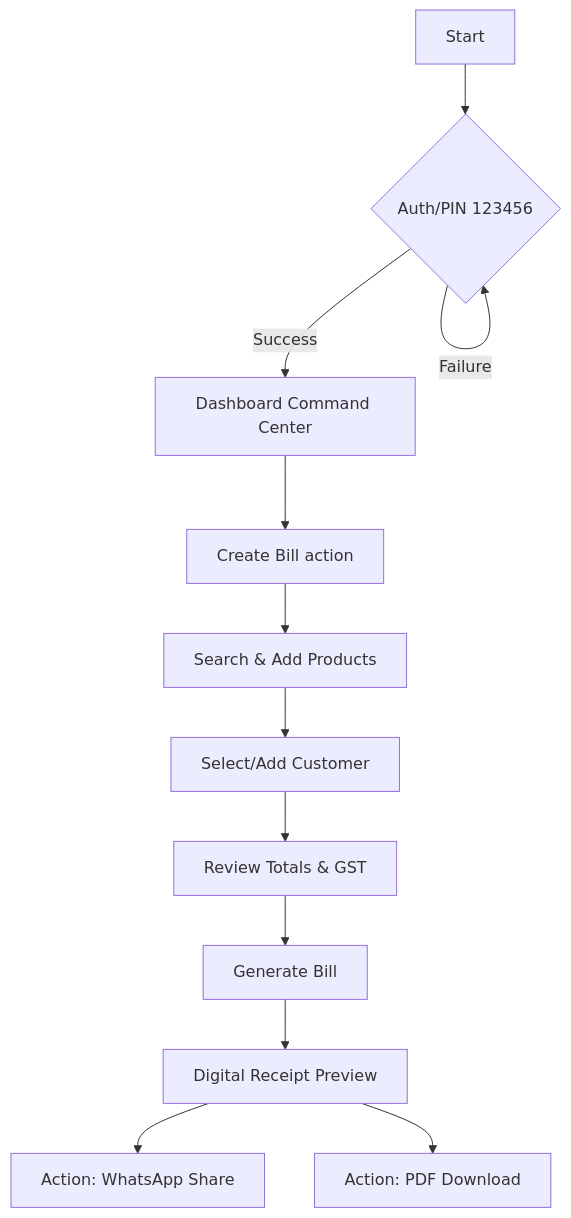
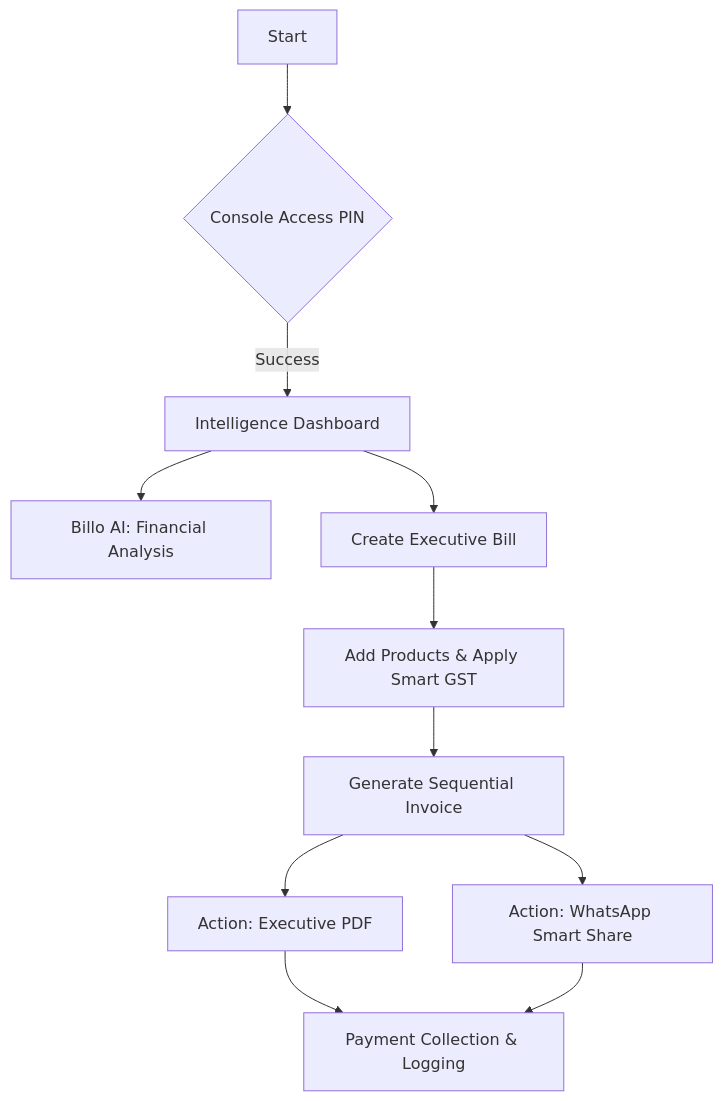
The diagram in README.md (Gautam-Bharadwaj/PakkaBill), drawn with Mermaid before and after one commit. The commit also changed other lines of this file, not shown here.

Commit message:
docs: update technical readme for executive elite launch

````diff
--- a/README.md
+++ b/README.md
@@ -23,16 +43,16 @@
 ```mermaid
 graph TD
-    A[Start] --> B{Auth/PIN 123456}
-    B -- Failure --> B
-    B -- Success --> C[Dashboard Command Center]
+    A[Start] --> B{Console Access PIN}
+    B -- Success --> C[Intelligence Dashboard]
     
-    C --> D[Create Bill action]
-    D --> E[Search & Add Products]
-    E --> F[Select/Add Customer]
-    F --> G[Review Totals & GST]
-    G --> H[Generate Bill]
+    C --> D[Billo AI: Financial Analysis]
+    C --> E[Create Executive Bill]
     
-    H --> I[Digital Receipt Preview]
-    I --> J[Action: WhatsApp Share]
-    I --> K[Action: PDF Download]
+    E --> F[Add Products & Apply Smart GST]
+    F --> G[Generate Sequential Invoice]
+    
+    G --> H[Action: Executive PDF]
+    G --> I[Action: WhatsApp Smart Share]
+    
+    H & I --> J[Payment Collection & Logging]
 ```
````
